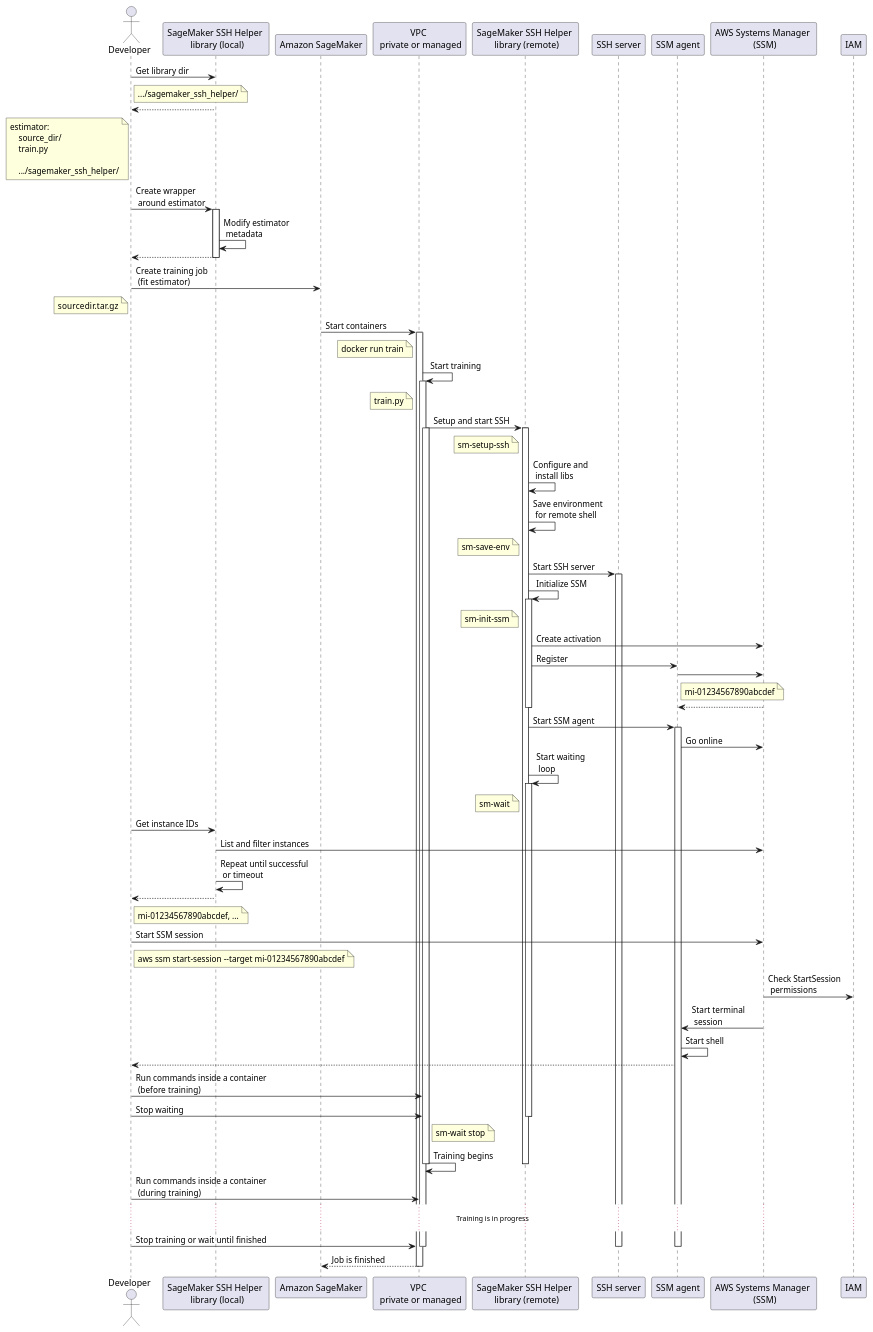
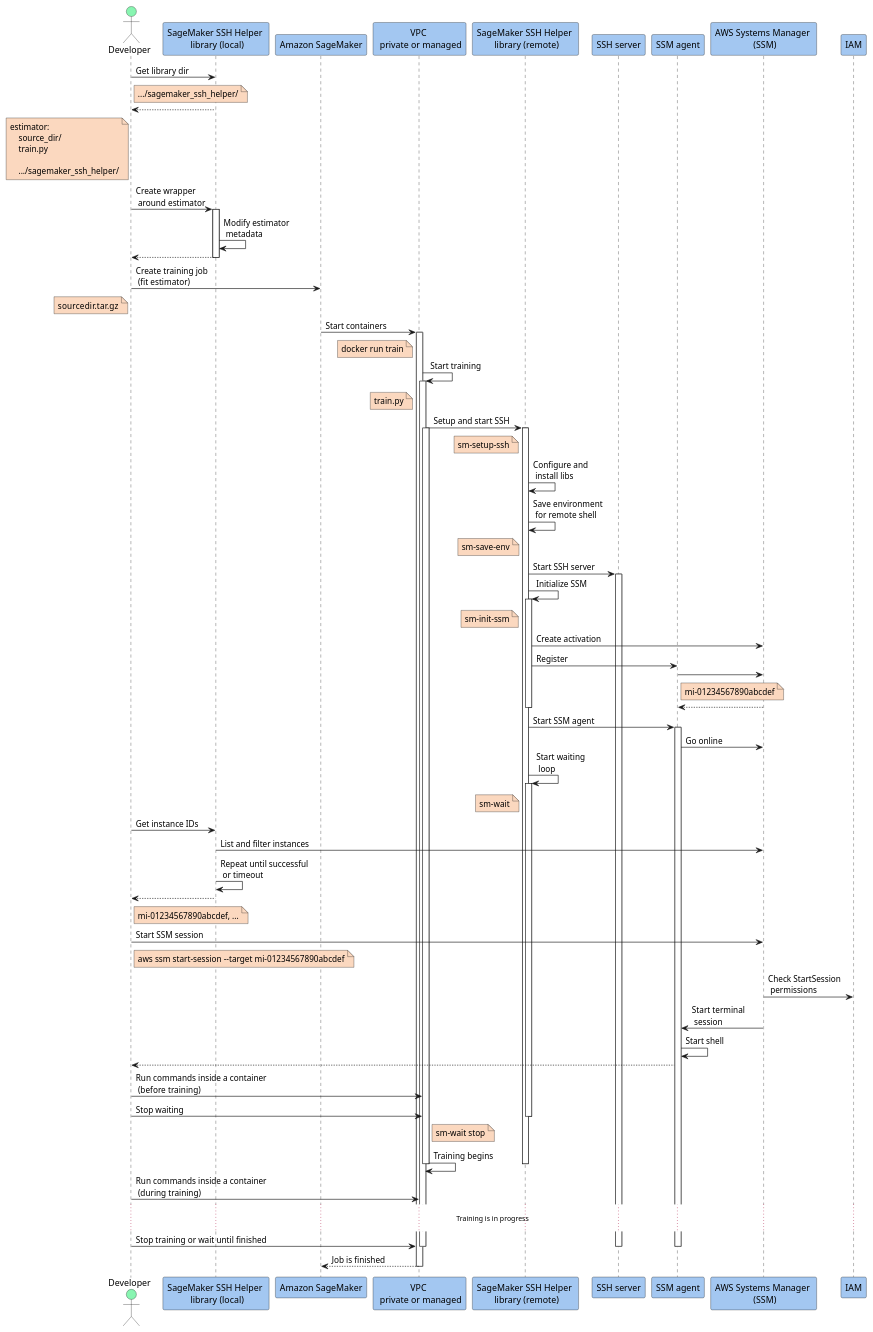
The diagram in uml/Flow_Train_SSM.puml (aws-samples/sagemaker-ssh-helper), drawn with PlantUML before and after one commit. The commit also changed 5 other files, not shown here.

```diff
--- a/uml/Flow_Train_SSM.puml
+++ b/uml/Flow_Train_SSM.puml
@@ -3,140 +3,144 @@
 @startuml
+skinparam ActorBackgroundColor #88F5B1
+skinparam ParticipantBackgroundColor #A3C7F1
+skinparam NoteBackgroundColor #FBD8BF
+
 actor Developer as dev
 participant "SageMaker SSH Helper \n library (local)" as sm_ssh_helper_local
 participant "Amazon SageMaker" as sagemaker
 participant "VPC \n private or managed" as vpc
 participant "SageMaker SSH Helper \n library (remote)" as sm_ssh_helper_remote
 participant "SSH server" as ssh
 participant "SSM agent" as ssm_agent
 participant "AWS Systems Manager \n (SSM)" as ssm
 participant "IAM" as iam
 
 dev -> sm_ssh_helper_local: Get library dir
 
 note right of dev
 .../sagemaker_ssh_helper/
 end note
 
 return
 
 
 note left of dev
 estimator:
     source_dir/
     train.py
 
     .../sagemaker_ssh_helper/
 end note
 
 dev -> sm_ssh_helper_local: Create wrapper \n around estimator
 activate sm_ssh_helper_local
 sm_ssh_helper_local -> sm_ssh_helper_local: Modify estimator \n metadata
 return
 deactivate sm_ssh_helper_local
 
 dev -> sagemaker: Create training job \n (fit estimator)
 note left of dev
 sourcedir.tar.gz
 end note
 
 sagemaker -> vpc: Start containers
 note left vpc
 docker run train
 end note
 
 activate vpc
 
 vpc -> vpc: Start training
 note left vpc
 train.py
 end note
 activate vpc
 
 vpc -> sm_ssh_helper_remote: Setup and start SSH
 note left sm_ssh_helper_remote
 sm-setup-ssh
 end note
 activate vpc
 
 activate sm_ssh_helper_remote
 
 sm_ssh_helper_remote -> sm_ssh_helper_remote: Configure and \n install libs
 sm_ssh_helper_remote -> sm_ssh_helper_remote: Save environment \n for remote shell
 note left sm_ssh_helper_remote
 sm-save-env
 end note
 
 sm_ssh_helper_remote -> ssh: Start SSH server
 activate ssh
 
 sm_ssh_helper_remote -> sm_ssh_helper_remote: Initialize SSM
 activate sm_ssh_helper_remote
 note left sm_ssh_helper_remote
 sm-init-ssm
 end note
 sm_ssh_helper_remote -> ssm: Create activation
 sm_ssh_helper_remote -> ssm_agent: Register
 ssm_agent -> ssm:
 note right ssm_agent
 mi-01234567890abcdef
 end note
 ssm --> ssm_agent:
 deactivate sm_ssh_helper_remote
 
 sm_ssh_helper_remote -> ssm_agent: Start SSM agent
 activate ssm_agent
 ssm_agent -> ssm: Go online
 
 
 sm_ssh_helper_remote -> sm_ssh_helper_remote: Start waiting \n loop
 activate sm_ssh_helper_remote
 note left sm_ssh_helper_remote
 sm-wait
 end note
 
 dev -> sm_ssh_helper_local: Get instance IDs
 sm_ssh_helper_local -> ssm: List and filter instances
 sm_ssh_helper_local -> sm_ssh_helper_local: Repeat until successful \n or timeout
 sm_ssh_helper_local --> dev
 note right dev
 mi-01234567890abcdef, ...
 end note
 
 dev -> ssm: Start SSM session
 note right dev
 aws ssm start-session --target mi-01234567890abcdef
 end note
 
 ssm -> iam: Check StartSession \n permissions
 ssm -> ssm_agent: Start terminal \n session
 ssm_agent -> ssm_agent: Start shell
 ssm_agent --> dev:
 dev -> vpc: Run commands inside a container \n (before training)
 
 dev -> vpc: Stop waiting
 note right vpc
 sm-wait stop
 end note
 deactivate sm_ssh_helper_remote
 
 vpc -> vpc: Training begins
 deactivate vpc
 
 deactivate sm_ssh_helper_remote
 
 dev -> vpc: Run commands inside a container \n (during training)
 
 ...Training is in progress...
 dev -> vpc: Stop training or wait until finished
 
 deactivate ssh
 
 deactivate ssh
 deactivate ssm_agent
 deactivate vpc
 
 vpc --> sagemaker: Job is finished
 deactivate vpc
 deactivate sm_ssh_helper_local
 
 @enduml
```
